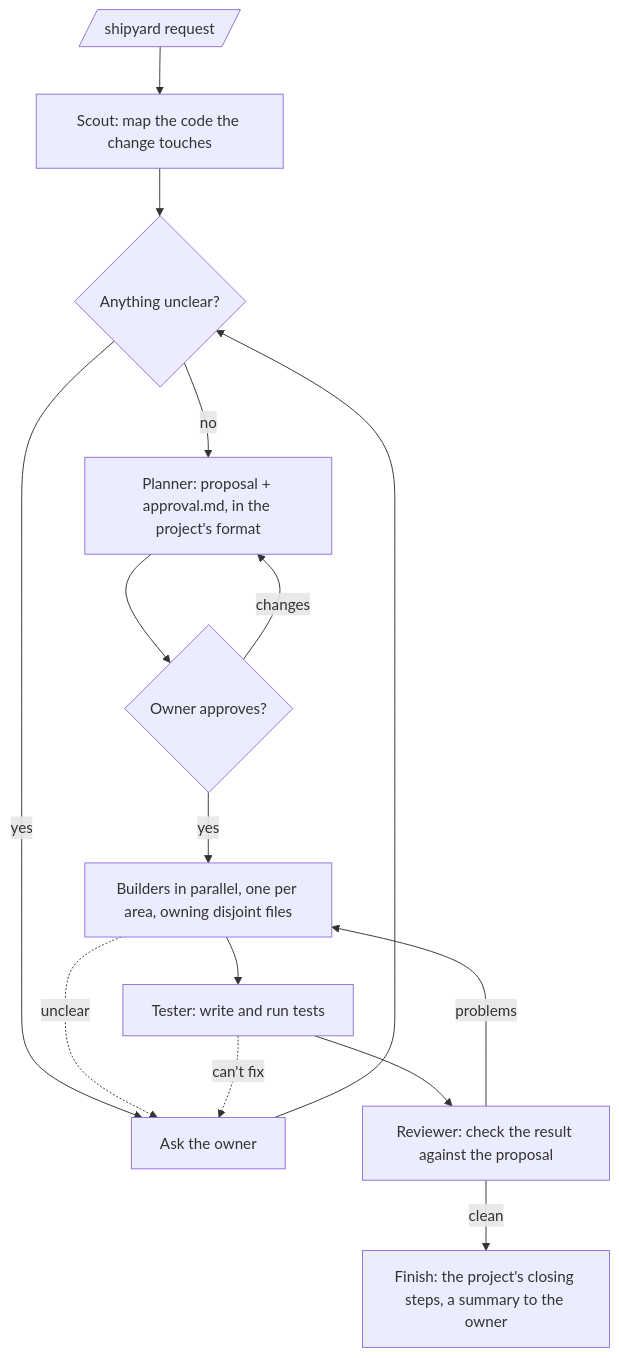
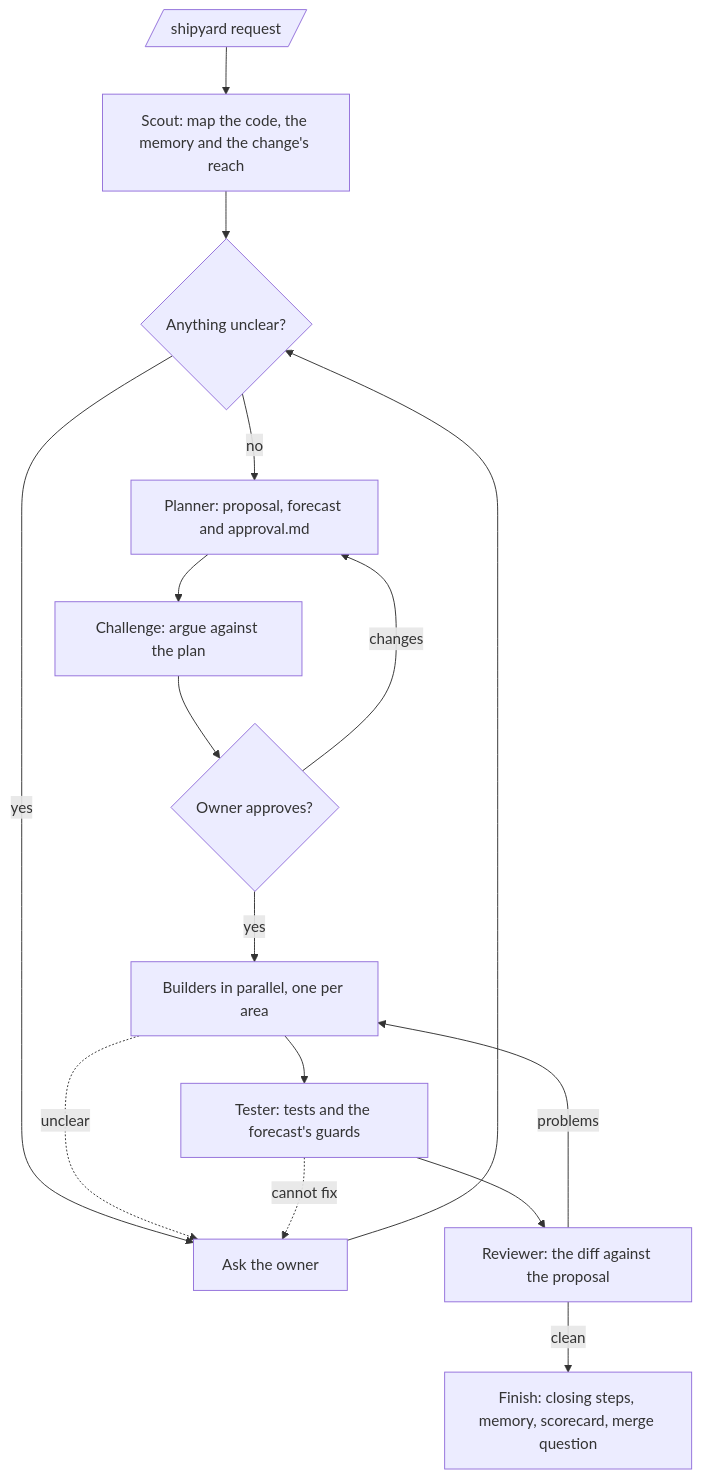
One commit to rafidzane/shipyard changed the first of 2 diagrams in README.md. Above: the diagram before and after it, drawn with Mermaid. The commit also changed other lines of this file and 1 other file, not shown here.

````diff
--- a/README.md
+++ b/README.md
@@ -20,16 +43,17 @@
 ```mermaid
 flowchart TD
-  R[/shipyard request/] --> S[Scout: map the code the change touches]
+  R[/shipyard request/] --> S[Scout: map the code, the memory and the change's reach]
   S --> Q{Anything unclear?}
   Q -- yes --> A[Ask the owner] --> Q
-  Q -- no --> P[Planner: proposal + approval.md, in the project's format]
-  P --> G{Owner approves?}
+  Q -- no --> P[Planner: proposal, forecast and approval.md]
+  P --> C[Challenge: argue against the plan]
+  C --> G{Owner approves?}
   G -- changes --> P
-  G -- yes --> B[Builders in parallel, one per area, owning disjoint files]
-  B --> T[Tester: write and run tests]
-  T --> V[Reviewer: check the result against the proposal]
+  G -- yes --> B[Builders in parallel, one per area]
+  B --> T[Tester: tests and the forecast's guards]
+  T --> V[Reviewer: the diff against the proposal]
   V -- problems --> B
-  V -- clean --> F[Finish: the project's closing steps, a summary to the owner]
+  V -- clean --> F[Finish: closing steps, memory, scorecard, merge question]
   B -. unclear .-> A
-  T -. can't fix .-> A
+  T -. cannot fix .-> A
 ```
````
